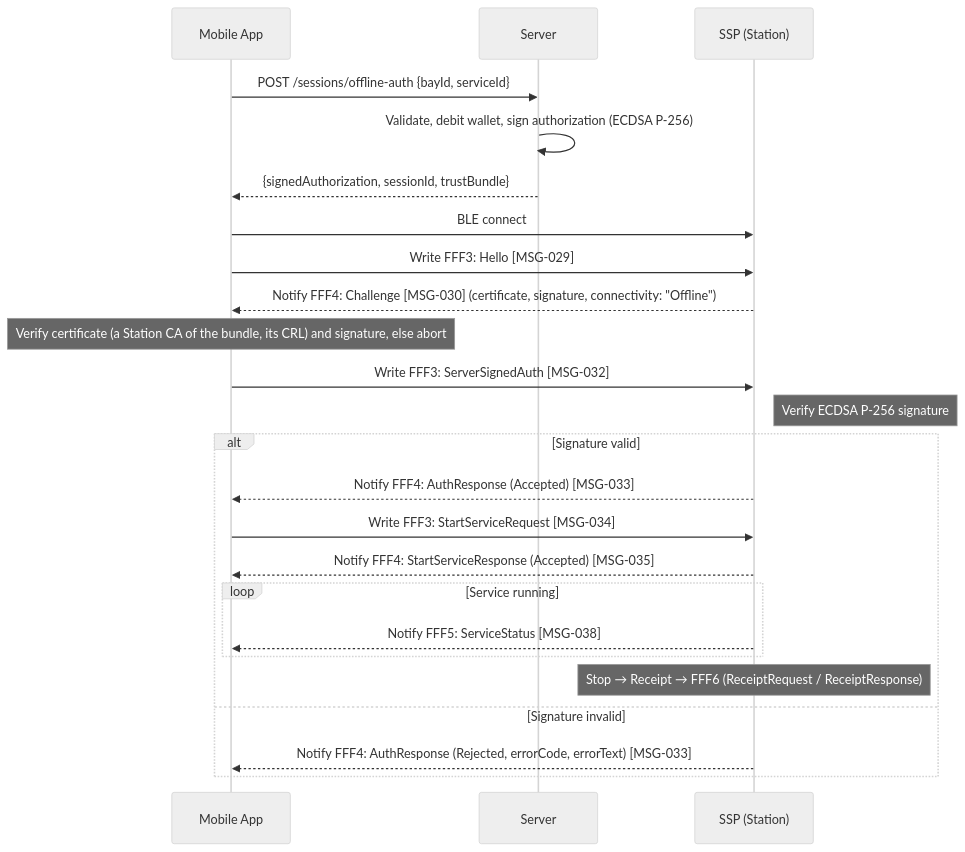
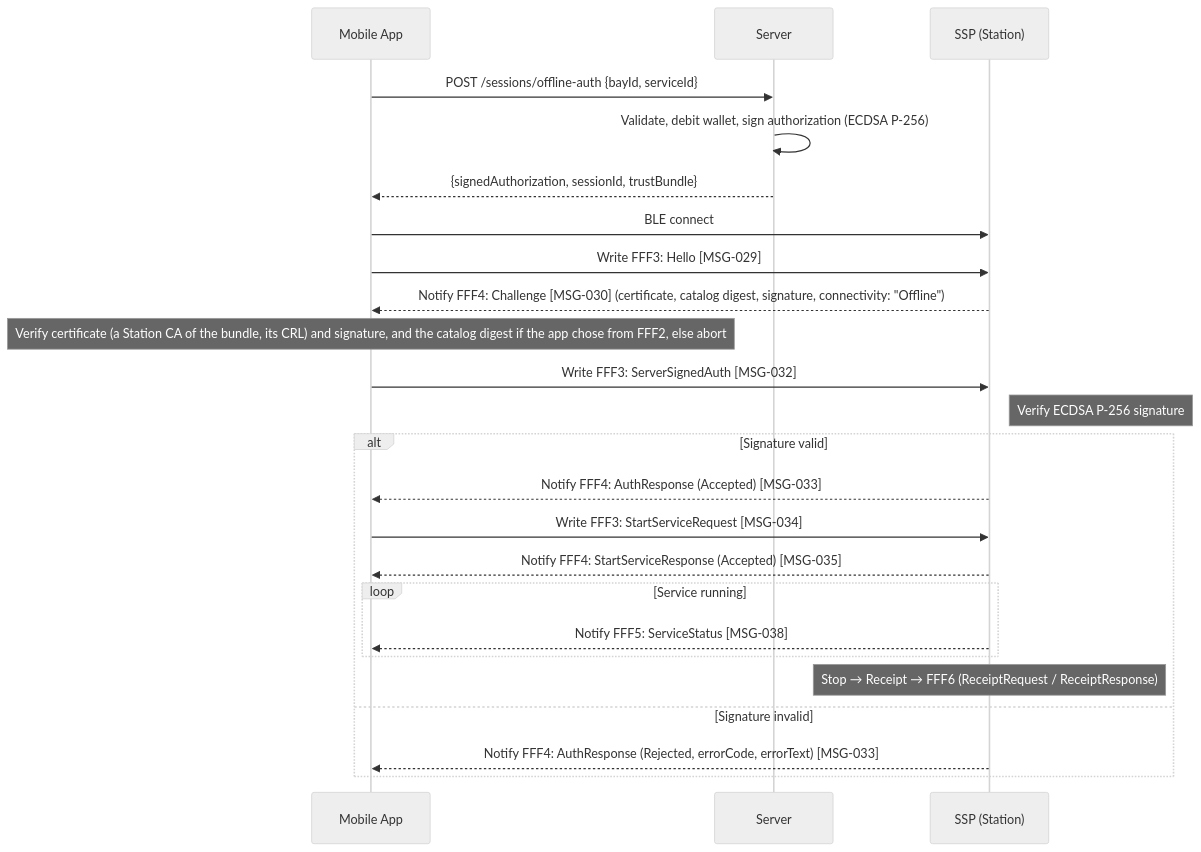
Before and after one commit to ospp-org/spec: the sixth of 19 diagrams in spec/04-flows.md, drawn with Mermaid (neutral theme). The commit also changed other lines of this file and 26 other files, not shown here.

````diff
--- a/spec/04-flows.md
+++ b/spec/04-flows.md
@@ -863,32 +864,32 @@
 ```mermaid
 sequenceDiagram
     participant App as Mobile App
     participant Server
     participant SSP as SSP (Station)
 
     App->>Server: POST /sessions/offline-auth {bayId, serviceId}
     Server->>Server: Validate, debit wallet, sign authorization (ECDSA P-256)
     Server-->>App: {signedAuthorization, sessionId, trustBundle}
 
     App->>SSP: BLE connect
     App->>SSP: Write FFF3: Hello [MSG-029]
-    SSP-->>App: Notify FFF4: Challenge [MSG-030] (certificate, signature, connectivity: "Offline")
-    Note over App: Verify certificate (a Station CA of the bundle, its CRL) and signature, else abort
+    SSP-->>App: Notify FFF4: Challenge [MSG-030] (certificate, catalog digest, signature, connectivity: "Offline")
+    Note over App: Verify certificate (a Station CA of the bundle, its CRL) and signature, and the catalog digest if the app chose from FFF2, else abort
 
     App->>SSP: Write FFF3: ServerSignedAuth [MSG-032]
     Note right of SSP: Verify ECDSA P-256 signature
 
     alt Signature valid
         SSP-->>App: Notify FFF4: AuthResponse (Accepted) [MSG-033]
         App->>SSP: Write FFF3: StartServiceRequest [MSG-034]
         SSP-->>App: Notify FFF4: StartServiceResponse (Accepted) [MSG-035]
 
         loop Service running
             SSP-->>App: Notify FFF5: ServiceStatus [MSG-038]
         end
 
         Note over SSP: Stop → Receipt → FFF6 (ReceiptRequest / ReceiptResponse)
     else Signature invalid
         SSP-->>App: Notify FFF4: AuthResponse (Rejected, errorCode, errorText) [MSG-033]
     end
 ```
````
